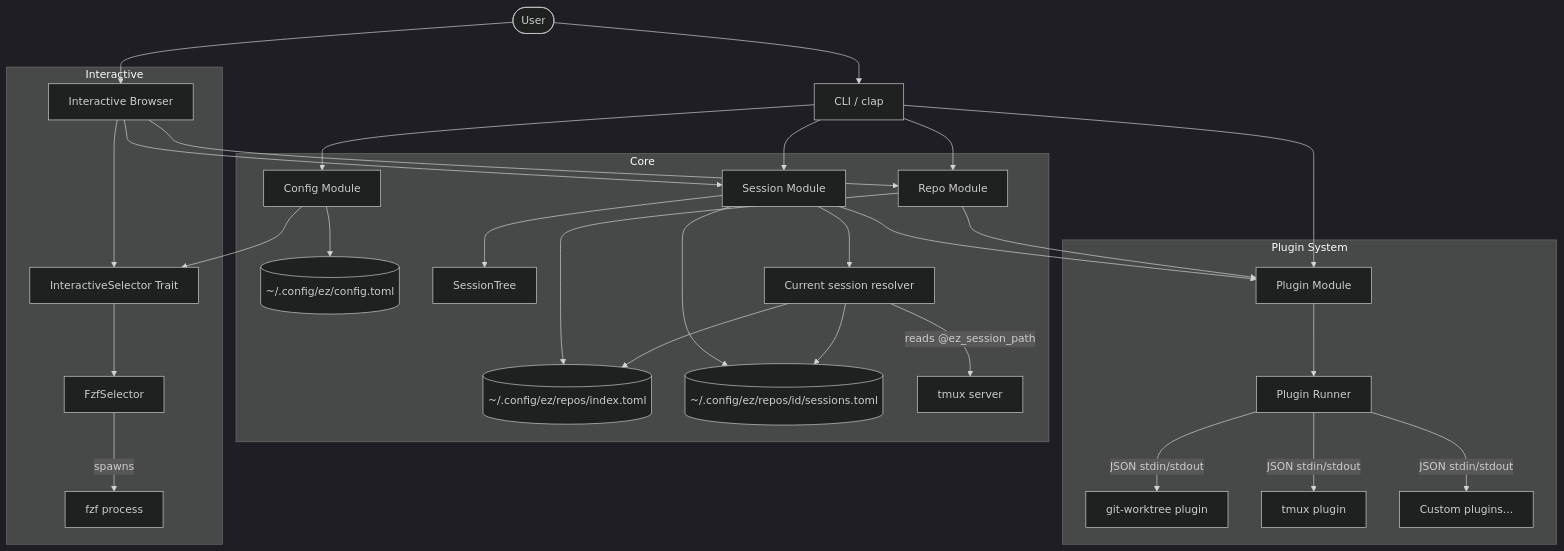
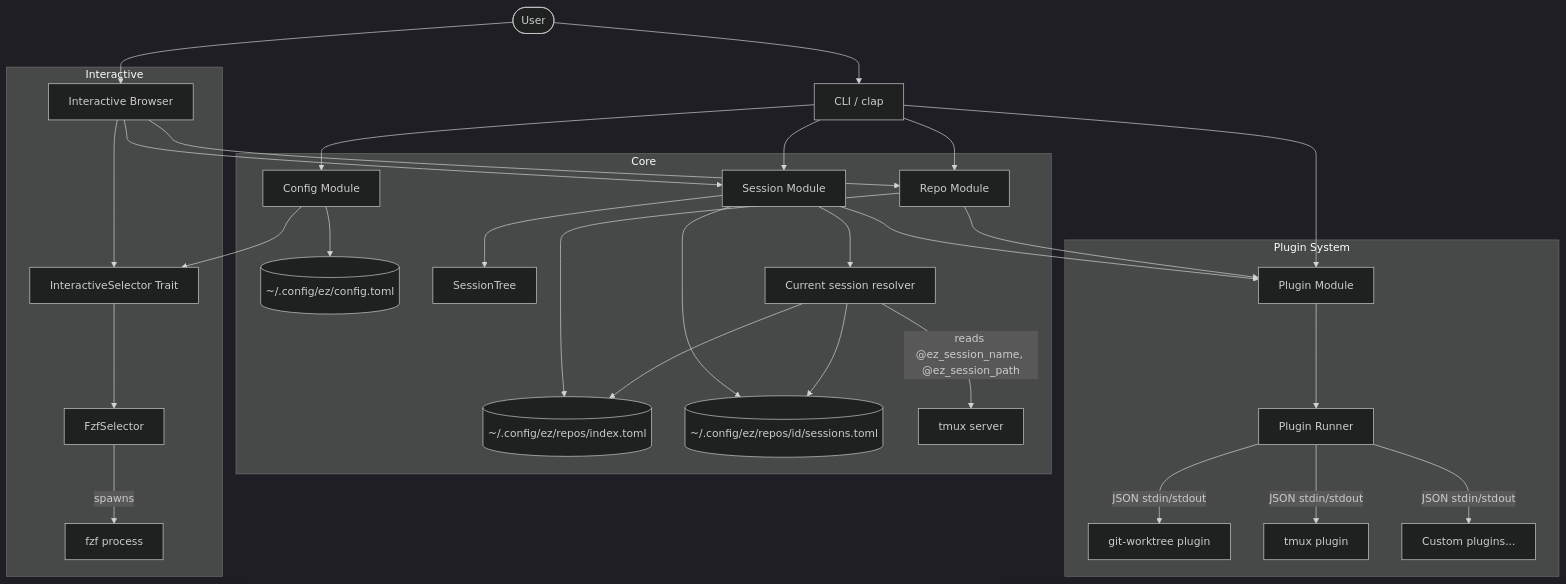
The first of 8 diagrams in docs/design.md (KoalaVim/ez-workspaces), drawn with Mermaid (dark theme) before and after one commit. The commit also changed 11 other files, not shown here.

````diff
--- a/docs/design.md
+++ b/docs/design.md
@@ -5,40 +5,40 @@
 ```mermaid
 graph TB
     User([User]) --> CLI[CLI / clap]
     User --> Browser[Interactive Browser]
 
     CLI --> Config[Config Module]
     CLI --> Repo[Repo Module]
     CLI --> Session[Session Module]
     CLI --> Plugin[Plugin Module]
     Browser --> Selector[InteractiveSelector Trait]
 
     subgraph Core
         Config --> ConfigStore[(~/.config/ez/config.toml)]
         Repo --> RepoStore[(~/.config/ez/repos/index.toml)]
         Session --> SessionStore[(~/.config/ez/repos/id/sessions.toml)]
         Session --> Tree[SessionTree]
         Session --> Current[Current session resolver]
         Current --> SessionStore
         Current --> RepoStore
-        Current --> |reads @ez_session_path| TmuxServer[tmux server]
+        Current --> |reads @ez_session_name, @ez_session_path| TmuxServer[tmux server]
     end
 
     subgraph Plugin System
         Plugin --> Runner[Plugin Runner]
         Runner --> |JSON stdin/stdout| GitWorktree[git-worktree plugin]
         Runner --> |JSON stdin/stdout| Tmux[tmux plugin]
         Runner --> |JSON stdin/stdout| Custom[Custom plugins...]
     end
 
     subgraph Interactive
         Selector --> FzfSelector[FzfSelector]
         FzfSelector --> |spawns| fzf[fzf process]
         Browser --> Repo
         Browser --> Session
         Config --> Selector
     end
 
     Session --> Plugin
     Repo --> Plugin
 ```
````
